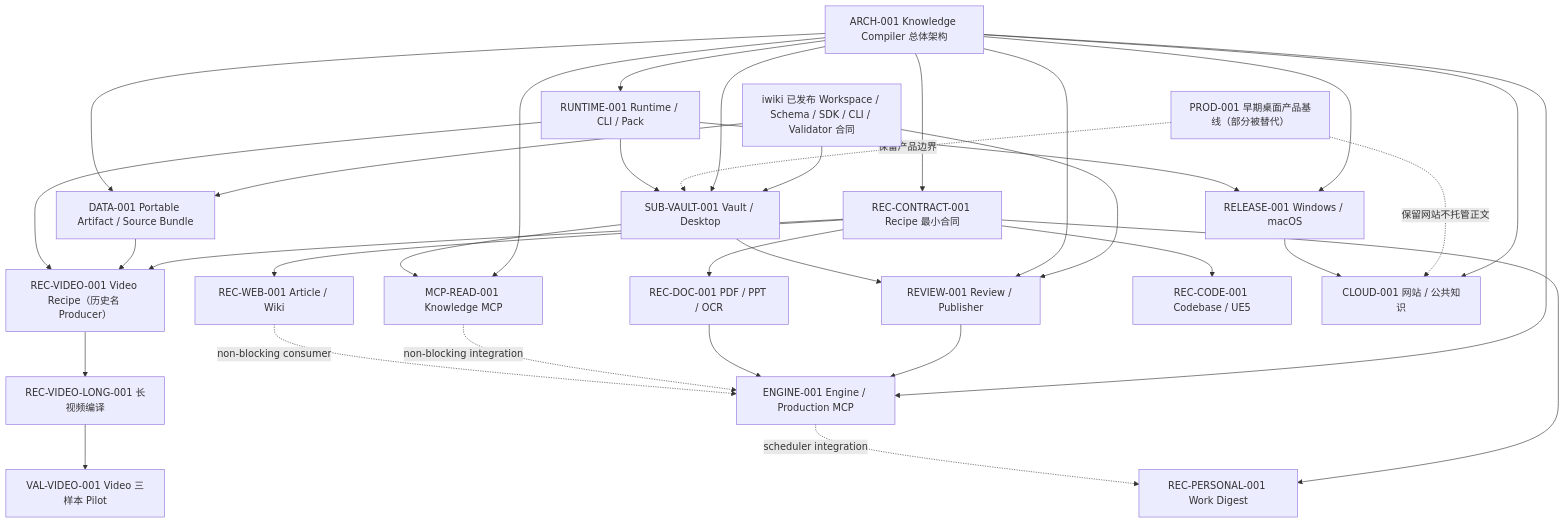
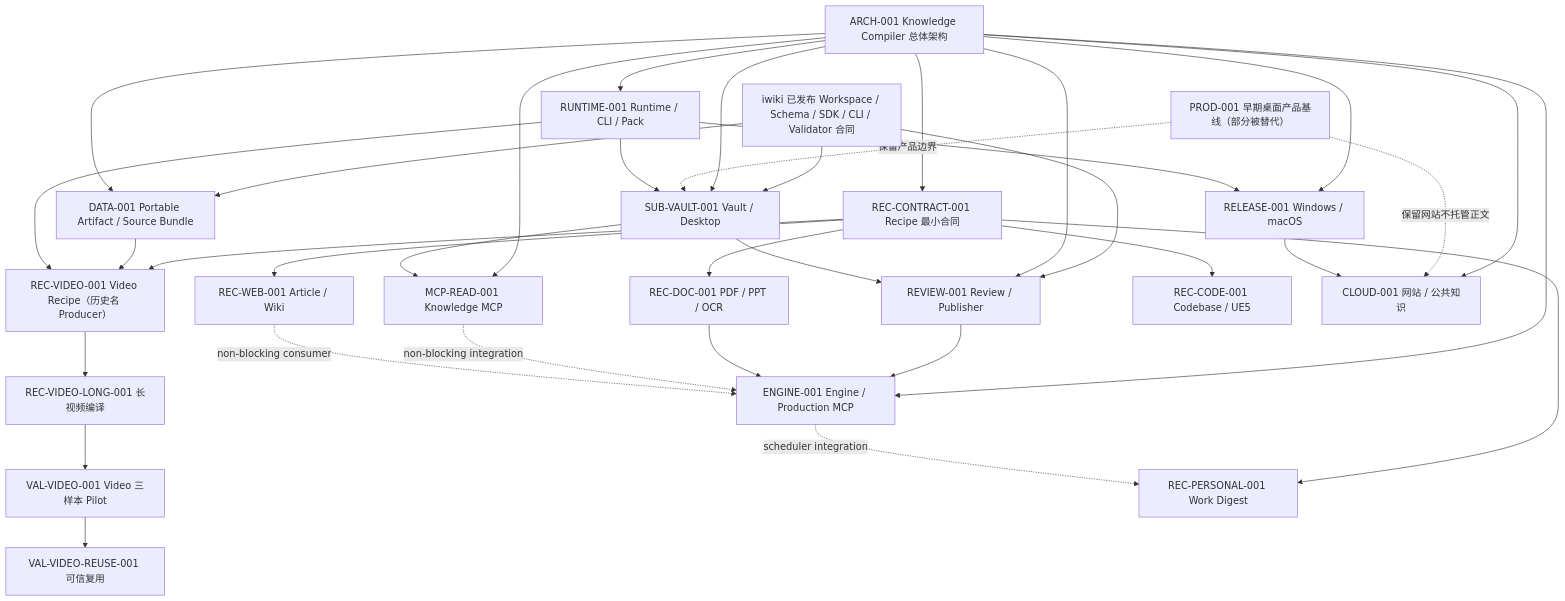
Before and after one commit to xrunmasterx/AllToNote: the first of 2 diagrams in docs/tasks/alltonote-design-coverage-matrix.md, drawn with Mermaid. The commit also changed other lines of this file and 6 other files, not shown here.

Commit message:
docs(video): start trusted reuse observation

````diff
--- a/docs/tasks/alltonote-design-coverage-matrix.md
+++ b/docs/tasks/alltonote-design-coverage-matrix.md
@@ -30,56 +30,58 @@
 ```mermaid
 flowchart TD
     IW["iwiki 已发布 Workspace / Schema / SDK / CLI / Validator 合同"]
     ARCH["ARCH-001 Knowledge Compiler 总体架构"]
     PROD["PROD-001 早期桌面产品基线（部分被替代）"]
     DATA["DATA-001 Portable Artifact / Source Bundle"]
     VAULT["SUB-VAULT-001 Vault / Desktop"]
     RUNTIME["RUNTIME-001 Runtime / CLI / Pack"]
     RX["REC-CONTRACT-001 Recipe 最小合同"]
     VIDEO["REC-VIDEO-001 Video Recipe（历史名 Producer）"]
     LONG["REC-VIDEO-LONG-001 长视频编译"]
     DOGFOOD["VAL-VIDEO-001 Video 三样本 Pilot"]
+    REUSE["VAL-VIDEO-REUSE-001 可信复用"]
     REVIEW["REVIEW-001 Review / Publisher"]
     KMCP["MCP-READ-001 Knowledge MCP"]
     ENGINE["ENGINE-001 Engine / Production MCP"]
     WEB["REC-WEB-001 Article / Wiki"]
     DOC["REC-DOC-001 PDF / PPT / OCR"]
     CODE["REC-CODE-001 Codebase / UE5"]
     PERSONAL["REC-PERSONAL-001 Work Digest"]
     CLOUD["CLOUD-001 网站 / 公共知识"]
     REL["RELEASE-001 Windows / macOS"]
 
     IW --> DATA
     IW --> VAULT
     IW --> REVIEW
     ARCH --> RUNTIME
     ARCH --> DATA
     ARCH --> VAULT
     ARCH --> RX
     ARCH --> REVIEW
     ARCH --> KMCP
     ARCH --> ENGINE
     ARCH --> CLOUD
     ARCH --> REL
     PROD -. "保留产品边界" .-> VAULT
     PROD -. "保留网站不托管正文" .-> CLOUD
     RX --> VIDEO
     VIDEO --> LONG
     LONG --> DOGFOOD
+    DOGFOOD --> REUSE
     DATA --> VIDEO
     RX --> WEB
     RX --> DOC
     RX --> CODE
     RX --> PERSONAL
     RUNTIME --> VIDEO
     RUNTIME --> VAULT
     VAULT --> REVIEW
     VAULT --> KMCP
     REVIEW --> ENGINE
     DOC --> ENGINE
     ENGINE -. "scheduler integration" .-> PERSONAL
     KMCP -. "non-blocking integration" .-> ENGINE
     WEB -. "non-blocking consumer" .-> ENGINE
     RUNTIME --> REL
     REL --> CLOUD
 ```
````
